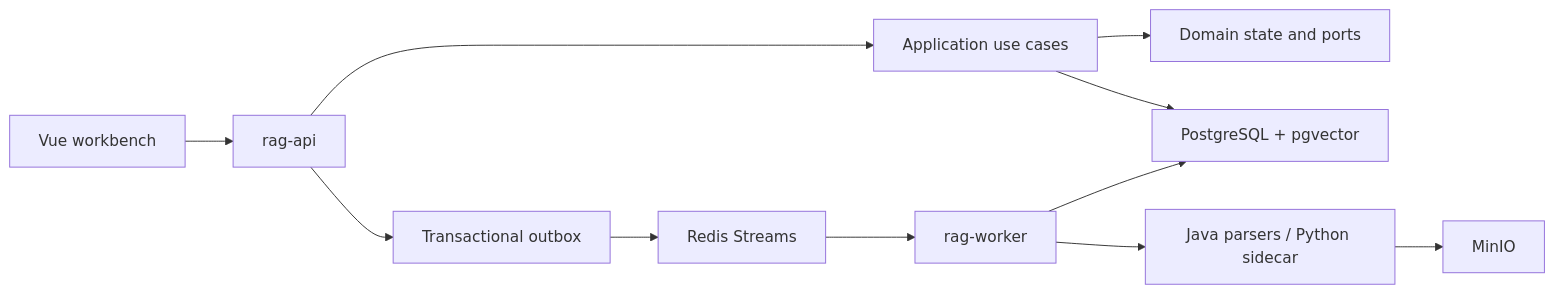
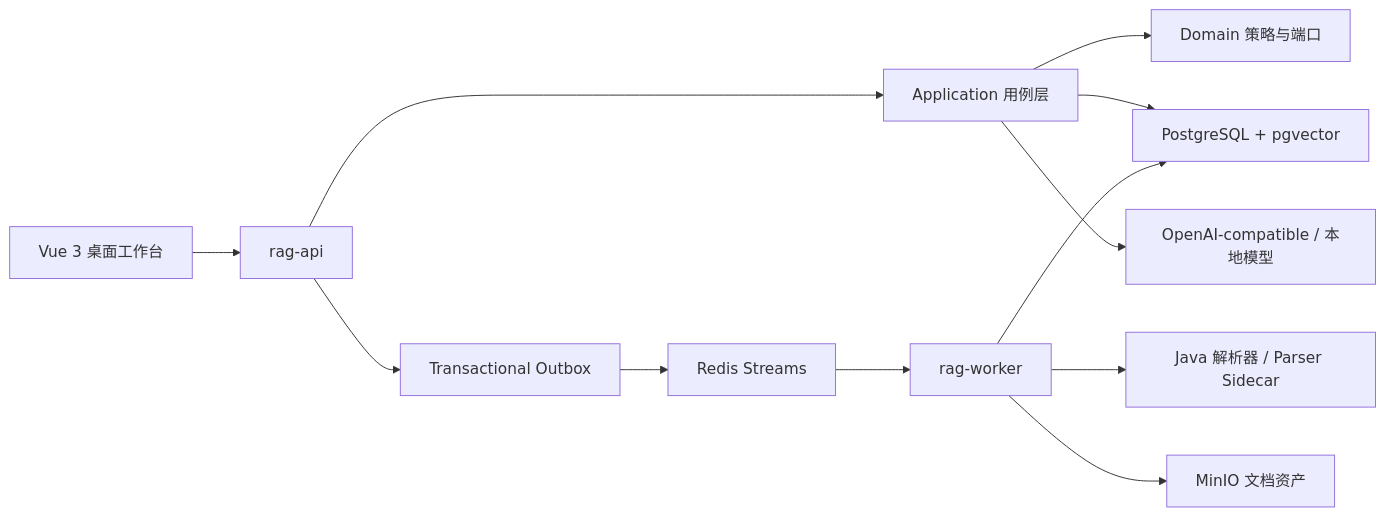
One commit to yanyue2024/VerityForge changed the first of 3 diagrams in docs/architecture.md. Above: the diagram before and after it, drawn with Mermaid. The commit also changed other lines of this file and 1782 other files, not shown here.

````diff
--- a/docs/architecture.md
+++ b/docs/architecture.md
@@ -6,13 +5,14 @@
 ```mermaid
 flowchart LR
-    WEB["Vue workbench"] --> API["rag-api"]
-    API --> APP["Application use cases"]
-    APP --> DOMAIN["Domain state and ports"]
+    WEB["Vue 3 桌面工作台"] --> API["rag-api"]
+    API --> APP["Application 用例层"]
+    APP --> DOMAIN["Domain 策略与端口"]
     APP --> PG["PostgreSQL + pgvector"]
-    API --> OUTBOX["Transactional outbox"]
+    API --> OUTBOX["Transactional Outbox"]
     OUTBOX --> REDIS["Redis Streams"]
     REDIS --> WORKER["rag-worker"]
-    WORKER --> PARSER["Java parsers / Python sidecar"]
-    PARSER --> MINIO["MinIO"]
+    WORKER --> PARSER["Java 解析器 / Parser Sidecar"]
+    WORKER --> MINIO["MinIO 文档资产"]
     WORKER --> PG
+    APP --> MODEL["OpenAI-compatible / 本地模型"]
 ```
````
